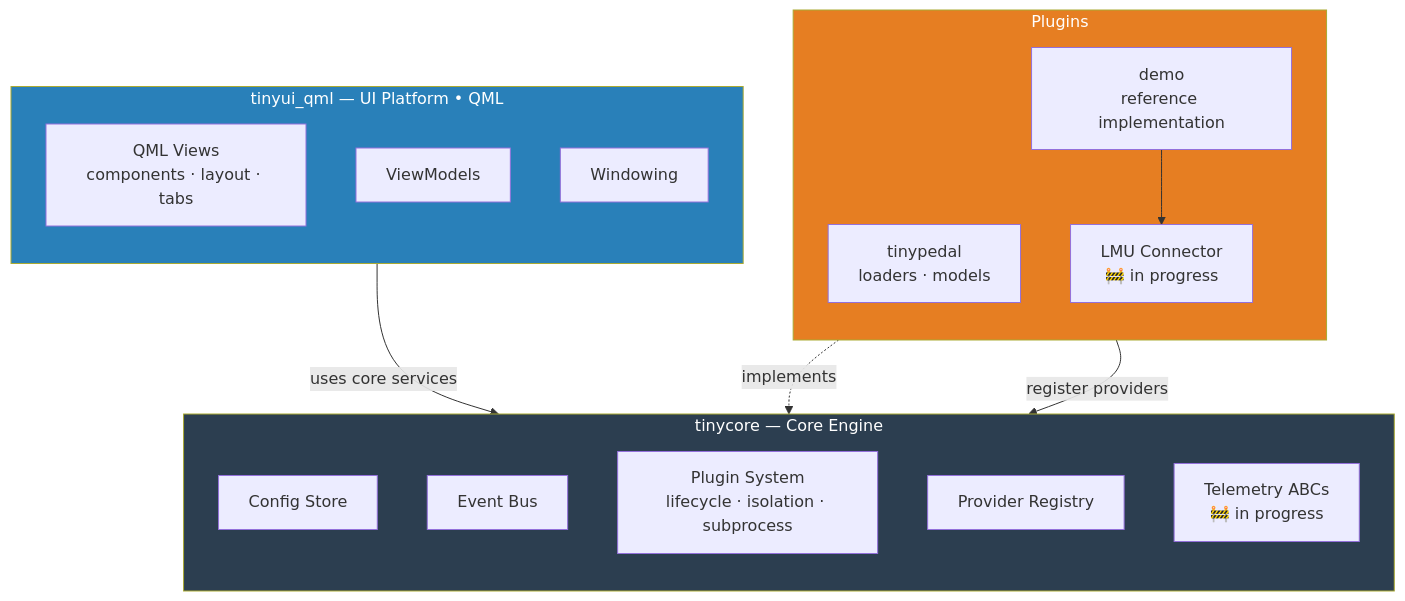
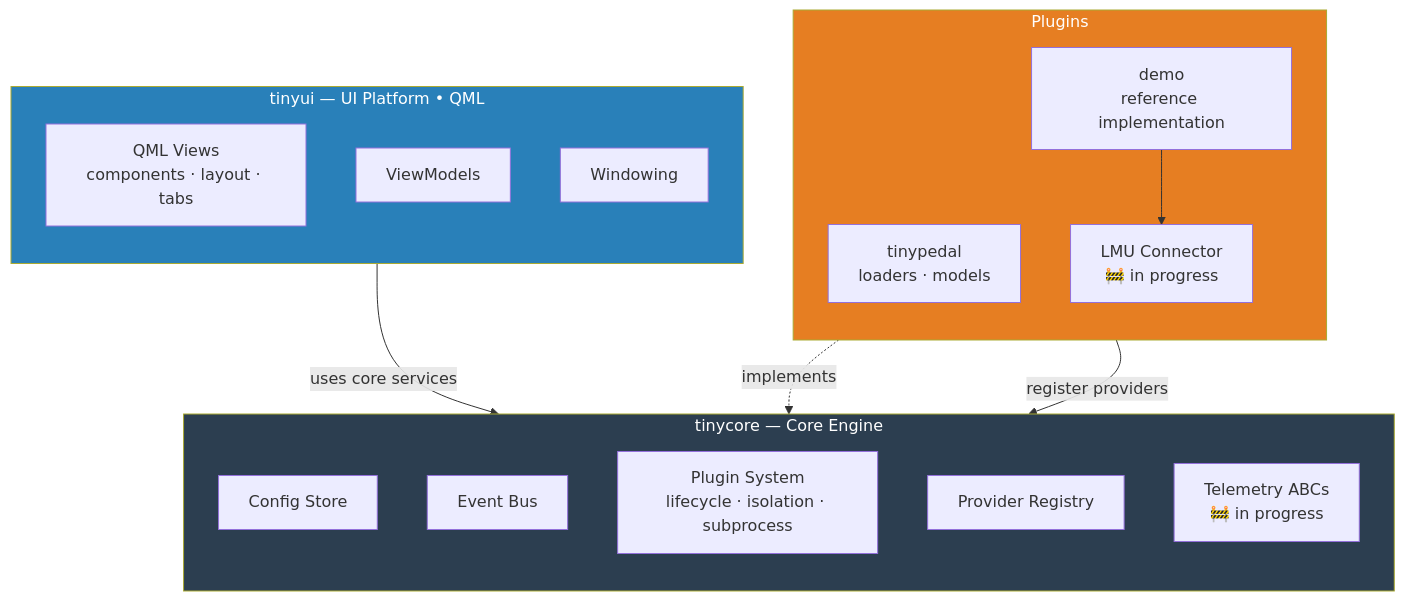
The diagram in README.md (Oost-hash/TinyUi), drawn with Mermaid before and after one commit. The commit also changed other lines of this file and 89 other files, not shown here.

First line of the commit message:
refactor: rename tinyui_qml to tinyui, drop old PySide6 UI

````diff
--- a/README.md
+++ b/README.md
@@ -28,35 +55,35 @@
 ```mermaid
 graph TB
 
     subgraph Core["tinycore — Core Engine"]
         direction TB
         store[Config Store]
         bus[Event Bus]
         pluginsys[Plugin System\nlifecycle · isolation · subprocess]
         providers[Provider Registry]
         telemetry[Telemetry ABCs\n🚧 in progress]
     end
 
-    subgraph QML["tinyui_qml — UI Platform  •  QML"]
+    subgraph QML["tinyui — UI Platform  •  QML"]
         direction TB
         qmlviews[QML Views\ncomponents · layout · tabs]
         viewmodels[ViewModels]
         windowing[Windowing]
     end
 
     subgraph Plugins["Plugins"]
         direction TB
         tp[tinypedal\nloaders · models]
         demo[demo\nreference implementation]
         connector[LMU Connector\n🚧 in progress]
     end
 
     Plugins -->|register providers| Core
     QML -->|uses core services| Core
     demo --> connector
     connector -.->|implements| telemetry
 
     style Core fill:#2c3e50,color:#fff
     style QML fill:#2980b9,color:#fff
     style Plugins fill:#e67e22,color:#fff
 ```
````
